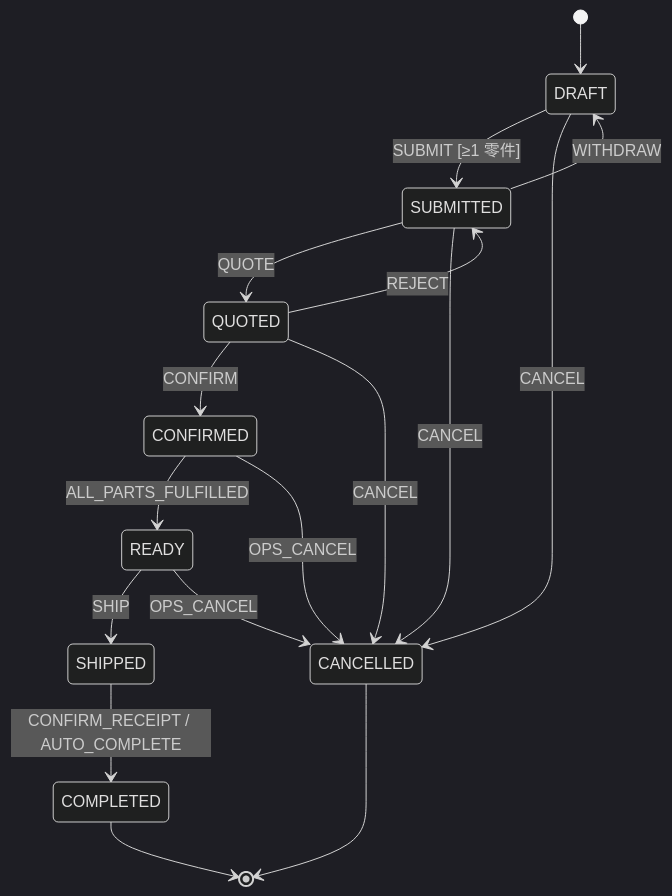
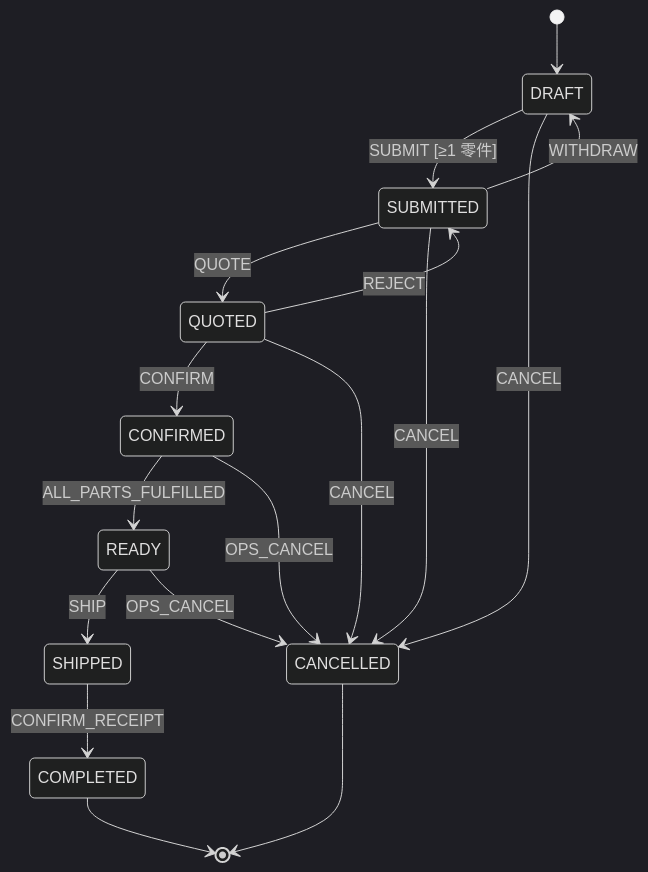
One commit to yubeining/yuhao_website changed the first of 4 diagrams in docs/design/12-订单与零件状态机.md. Above: the diagram before and after it, drawn with Mermaid (dark theme). The commit also changed other lines of this file and 1 other file, not shown here.

````diff
--- a/docs/design/12-订单与零件状态机.md
+++ b/docs/design/12-订单与零件状态机.md
@@ -66,19 +96,19 @@
 ```mermaid
 stateDiagram-v2
     [*] --> DRAFT
     DRAFT --> SUBMITTED: SUBMIT [≥1 零件]
     SUBMITTED --> DRAFT: WITHDRAW
     SUBMITTED --> QUOTED: QUOTE
     QUOTED --> SUBMITTED: REJECT
     QUOTED --> CONFIRMED: CONFIRM
     CONFIRMED --> READY: ALL_PARTS_FULFILLED
     READY --> SHIPPED: SHIP
-    SHIPPED --> COMPLETED: CONFIRM_RECEIPT / AUTO_COMPLETE
+    SHIPPED --> COMPLETED: CONFIRM_RECEIPT
     DRAFT --> CANCELLED: CANCEL
     SUBMITTED --> CANCELLED: CANCEL
     QUOTED --> CANCELLED: CANCEL
     CONFIRMED --> CANCELLED: OPS_CANCEL
     READY --> CANCELLED: OPS_CANCEL
     COMPLETED --> [*]
     CANCELLED --> [*]
 ```
````
